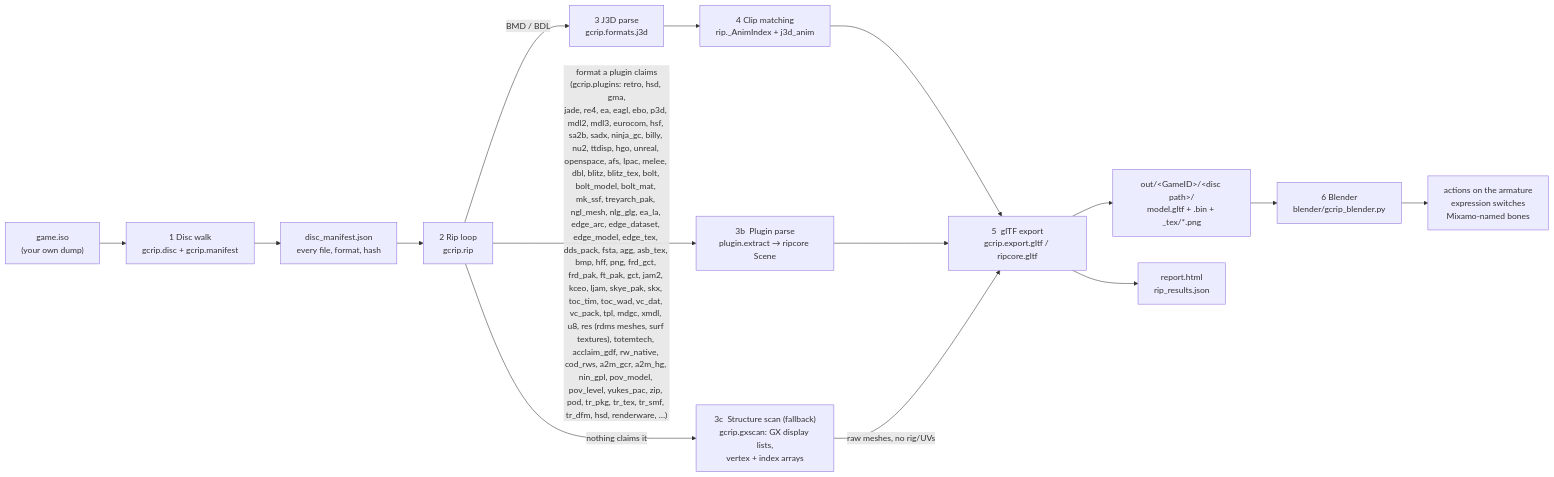
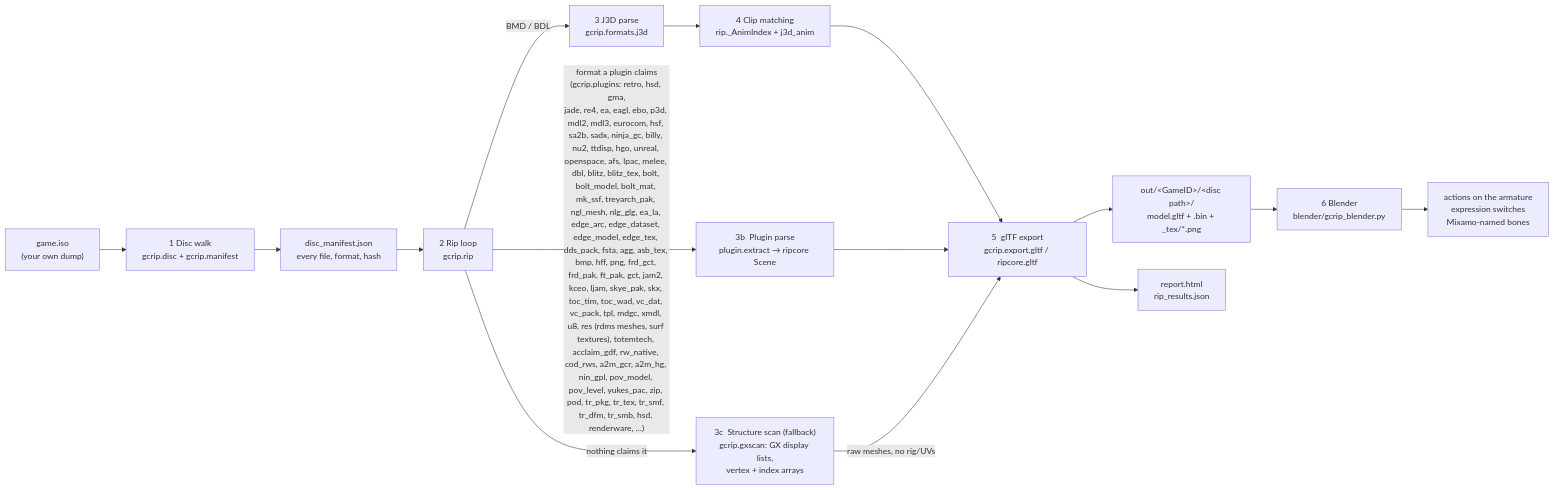
The first of 10 diagrams in docs/PIPELINE.md (Felbs/3d-ripper-9000), drawn with Mermaid before and after one commit. The commit also changed other lines of this file and 9 other files, not shown here.

First line of the commit message:
gcrip tr_smb: 4x4 Evo 2 .SMB models from 4x4.elf (C3DModel::loadBinary: SGCPacketHeader GX lists or keyframed SVertex arrays); tr_smf takes the fraction bits from the packet header (its 'preamble' is the header's tail); tr_tex claims .raw

````diff
--- a/docs/PIPELINE.md
+++ b/docs/PIPELINE.md
@@ -11,17 +11,17 @@
 ```mermaid
 flowchart LR
     ISO["game.iso<br/>(your own dump)"] --> WALK["1  Disc walk<br/>gcrip.disc + gcrip.manifest"]
     WALK --> MAN["disc_manifest.json<br/>every file, format, hash"]
     MAN --> RIP["2  Rip loop<br/>gcrip.rip"]
     RIP -->|"BMD / BDL"| J3D["3  J3D parse<br/>gcrip.formats.j3d"]
-    RIP -->|"format a plugin claims<br/>(gcrip.plugins: retro, hsd, gma,<br/>jade, re4, ea, eagl, ebo, p3d, mdl2, mdl3, eurocom, hsf, sa2b, sadx, ninja_gc, billy, nu2, ttdisp, hgo, unreal, openspace, afs, lpac, melee, dbl, blitz, blitz_tex, bolt, bolt_model, bolt_mat, mk_ssf, treyarch_pak, ngl_mesh, nlg_glg, ea_la, edge_arc, edge_dataset, edge_model, edge_tex, dds_pack, fsta, agg, asb_tex, bmp, hff, png, frd_gct, frd_pak, ft_pak, gct, jam2, kceo, ljam, skye_pak, skx, toc_tim, toc_wad, vc_dat, vc_pack, tpl, mdgc, xmdl, u8, res (rdms meshes, surf textures), totemtech, acclaim_gdf, rw_native, cod_rws, a2m_gcr, a2m_hg, nin_gpl, pov_model, pov_level, yukes_pac, zip, pod, tr_pkg, tr_tex, tr_smf, tr_dfm, hsd, renderware, …)"| PLUG["3b  Plugin parse<br/>plugin.extract → ripcore Scene"]
+    RIP -->|"format a plugin claims<br/>(gcrip.plugins: retro, hsd, gma,<br/>jade, re4, ea, eagl, ebo, p3d, mdl2, mdl3, eurocom, hsf, sa2b, sadx, ninja_gc, billy, nu2, ttdisp, hgo, unreal, openspace, afs, lpac, melee, dbl, blitz, blitz_tex, bolt, bolt_model, bolt_mat, mk_ssf, treyarch_pak, ngl_mesh, nlg_glg, ea_la, edge_arc, edge_dataset, edge_model, edge_tex, dds_pack, fsta, agg, asb_tex, bmp, hff, png, frd_gct, frd_pak, ft_pak, gct, jam2, kceo, ljam, skye_pak, skx, toc_tim, toc_wad, vc_dat, vc_pack, tpl, mdgc, xmdl, u8, res (rdms meshes, surf textures), totemtech, acclaim_gdf, rw_native, cod_rws, a2m_gcr, a2m_hg, nin_gpl, pov_model, pov_level, yukes_pac, zip, pod, tr_pkg, tr_tex, tr_smf, tr_dfm, tr_smb, hsd, renderware, …)"| PLUG["3b  Plugin parse<br/>plugin.extract → ripcore Scene"]
     RIP -->|"nothing claims it"| GX["3c  Structure scan (fallback)<br/>gcrip.gxscan: GX display lists,<br/>vertex + index arrays"]
     J3D --> ANIM["4  Clip matching<br/>rip._AnimIndex + j3d_anim"]
     ANIM --> GLTF["5  glTF export<br/>gcrip.export.gltf / ripcore.gltf"]
     PLUG --> GLTF
     GX -->|"raw meshes, no rig/UVs"| GLTF
     GLTF --> OUT["out/&lt;GameID&gt;/&lt;disc path&gt;/<br/>model.gltf + .bin + _tex/*.png"]
     GLTF --> REP["report.html<br/>rip_results.json"]
     OUT --> BL["6  Blender<br/>blender/gcrip_blender.py"]
     BL --> PLAY["actions on the armature<br/>expression switches<br/>Mixamo-named bones"]
 ```
````
